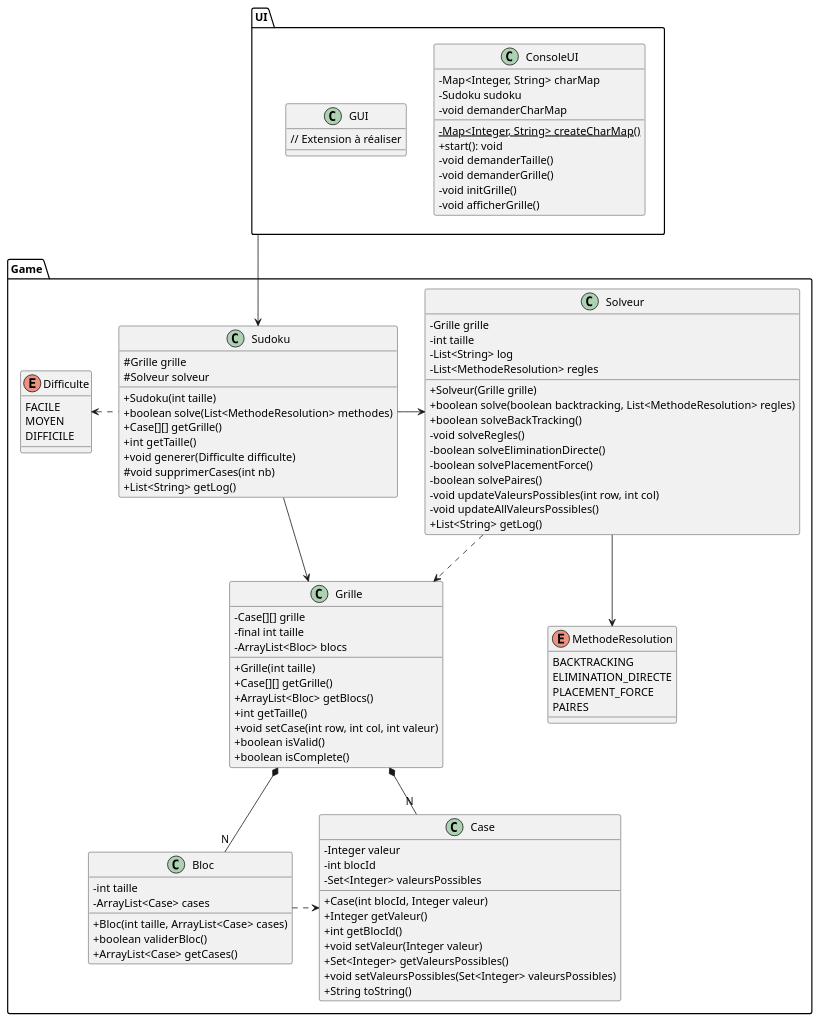
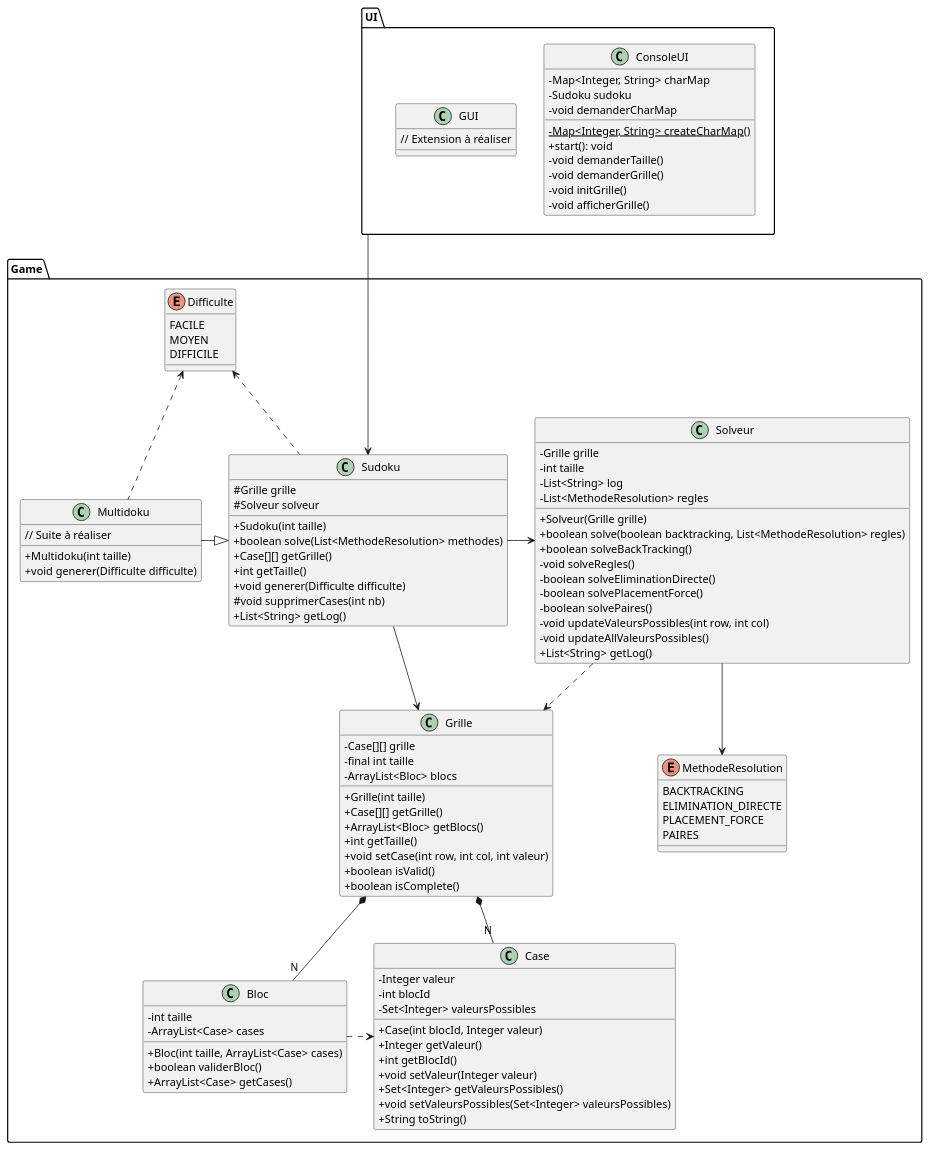
The diagram in doc/ClassDiagram.puml (R0-M1/Sudoku), drawn with PlantUML before and after one commit. The commit also changed 7 other files, not shown here.

```diff
--- a/doc/ClassDiagram.puml
+++ b/doc/ClassDiagram.puml
@@ -1,117 +1,124 @@
 @startuml
 'https://plantuml.com/class-diagram
 skinparam classAttributeIconSize 0
 
 package UI {
     class ConsoleUI {
         - Map<Integer, String> charMap
         - Sudoku sudoku
         - {static}Map<Integer, String> createCharMap()
         + start(): void
         - void demanderCharMap
         - void demanderTaille()
         - void demanderGrille()
         - void initGrille()
         - void afficherGrille()
     }
 
     class GUI {
         // Extension à réaliser
     }
 }
 
-UI --> Game.Sudoku
+UI ---> Game.Sudoku
 
 package Game {
     class Case {
         - Integer valeur
         - int blocId
         - Set<Integer> valeursPossibles
 
         + Case(int blocId, Integer valeur)
         + Integer getValeur()
         + int getBlocId()
         + void setValeur(Integer valeur)
         + Set<Integer> getValeursPossibles()
         + void setValeursPossibles(Set<Integer> valeursPossibles)
         + String toString()
     }
 
     class Bloc {
         - int taille
         - ArrayList<Case> cases
 
         + Bloc(int taille, ArrayList<Case> cases)
         + boolean validerBloc()
         + ArrayList<Case> getCases()
     }
 
     class Grille {
         - Case[][] grille
         - final int taille
         - ArrayList<Bloc> blocs
 
         + Grille(int taille)
         + Case[][] getGrille()
         + ArrayList<Bloc> getBlocs()
         + int getTaille()
         + void setCase(int row, int col, int valeur)
         + boolean isValid()
         + boolean isComplete()
     }
 
     class Sudoku {
         # Grille grille
         # Solveur solveur
 
         + Sudoku(int taille)
         + boolean solve(List<MethodeResolution> methodes)
         + Case[][] getGrille()
         + int getTaille()
         + void generer(Difficulte difficulte)
         # void supprimerCases(int nb)
         + List<String> getLog()
     }
 
     enum Difficulte {
         FACILE
         MOYEN
         DIFFICILE
     }
 
+    class Multidoku {
+            + Multidoku(int taille)
+            + void generer(Difficulte difficulte)
+            // Suite à réaliser
+        }
+
     class Solveur {
         - Grille grille
         - int taille
         - List<String> log
         - List<MethodeResolution> regles
 
         + Solveur(Grille grille)
         + boolean solve(boolean backtracking, List<MethodeResolution> regles)
         + boolean solveBackTracking()
         - void solveRegles()
         - boolean solveEliminationDirecte()
         - boolean solvePlacementForce()
         - boolean solvePaires()
         - void updateValeursPossibles(int row, int col)
         - void updateAllValeursPossibles()
         + List<String> getLog()
     }
 
     enum MethodeResolution {
         BACKTRACKING
         ELIMINATION_DIRECTE
         PLACEMENT_FORCE
         PAIRES
     }
 
-
     Grille *-- "N" Case
     Grille *-- "N" Bloc
     Bloc .> Case
     Sudoku -> Grille
     Sudoku -> Solveur
     Solveur ..>  Grille
     Solveur --> MethodeResolution
     Difficulte <. Sudoku
+    Multidoku -|> Sudoku
+    Difficulte <.. Multidoku
 }
 @enduml
```
